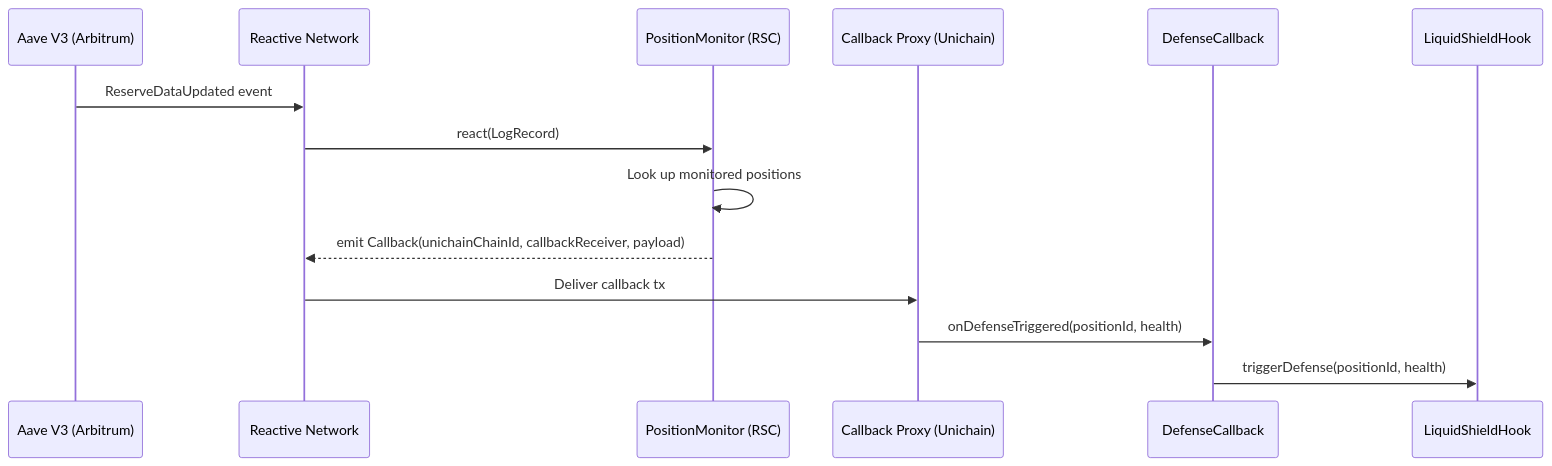
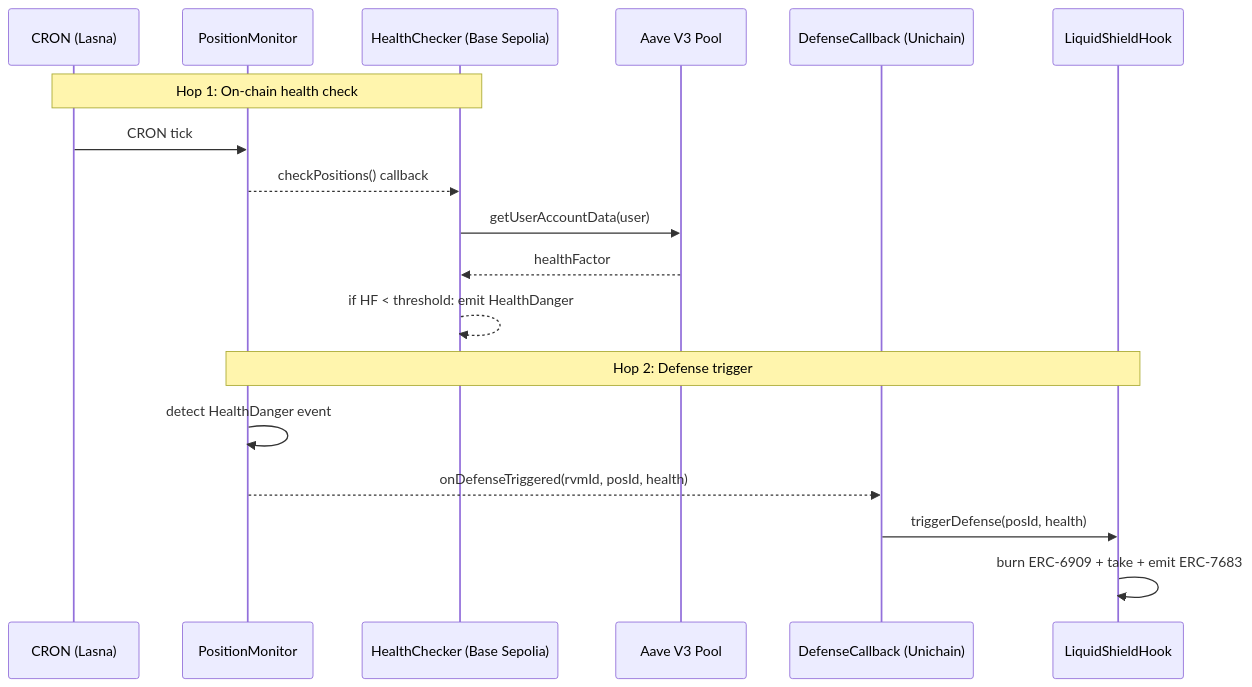
Before and after one commit to 0xYudhishthra/liquidshield: the second of 2 diagrams in README.md, drawn with Mermaid. The commit also changed other lines of this file, not shown here.

Commit message:
docs: update Reactive Network to two-hop HealthChecker architecture

````diff
--- a/README.md
+++ b/README.md
@@ -181,17 +182,22 @@
 ```mermaid
 sequenceDiagram
-    participant Aave as Aave V3 (Arbitrum)
-    participant RN as Reactive Network
-    participant RSC as PositionMonitor (RSC)
-    participant Proxy as Callback Proxy (Unichain)
-    participant CB as DefenseCallback
+    participant Cron as CRON (Lasna)
+    participant RSC as PositionMonitor
+    participant HC as HealthChecker (Base Sepolia)
+    participant Aave as Aave V3 Pool
+    participant CB as DefenseCallback (Unichain)
     participant Hook as LiquidShieldHook
 
-    Aave->>RN: ReserveDataUpdated event
-    RN->>RSC: react(LogRecord)
-    RSC->>RSC: Look up monitored positions
-    RSC-->>RN: emit Callback(unichainChainId, callbackReceiver, payload)
-    RN->>Proxy: Deliver callback tx
-    Proxy->>CB: onDefenseTriggered(positionId, health)
-    CB->>Hook: triggerDefense(positionId, health)
+    Note over Cron,HC: Hop 1: On-chain health check
+    Cron->>RSC: CRON tick
+    RSC-->>HC: checkPositions() callback
+    HC->>Aave: getUserAccountData(user)
+    Aave-->>HC: healthFactor
+    HC-->>HC: if HF < threshold: emit HealthDanger
+
+    Note over RSC,Hook: Hop 2: Defense trigger
+    RSC->>RSC: detect HealthDanger event
+    RSC-->>CB: onDefenseTriggered(rvmId, posId, health)
+    CB->>Hook: triggerDefense(posId, health)
+    Hook->>Hook: burn ERC-6909 + take + emit ERC-7683
 ```
````
